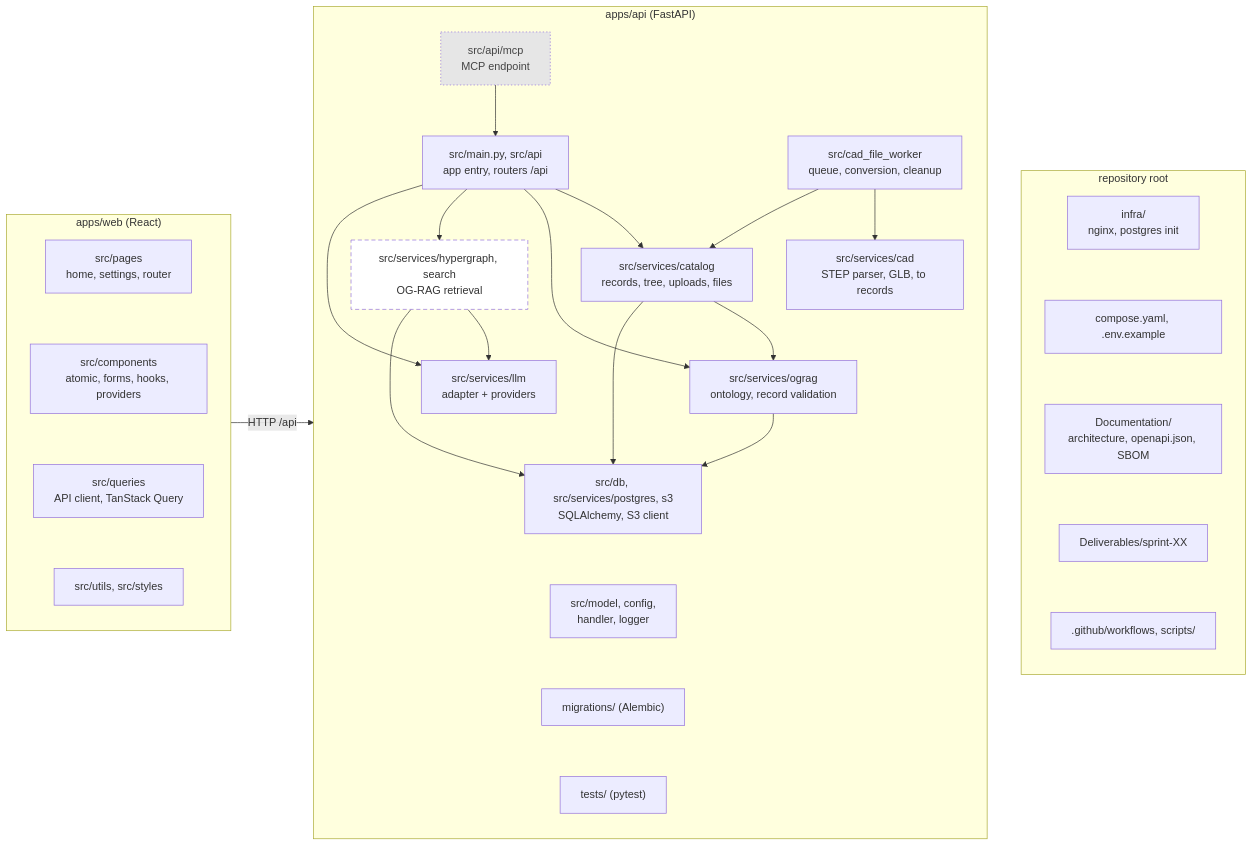
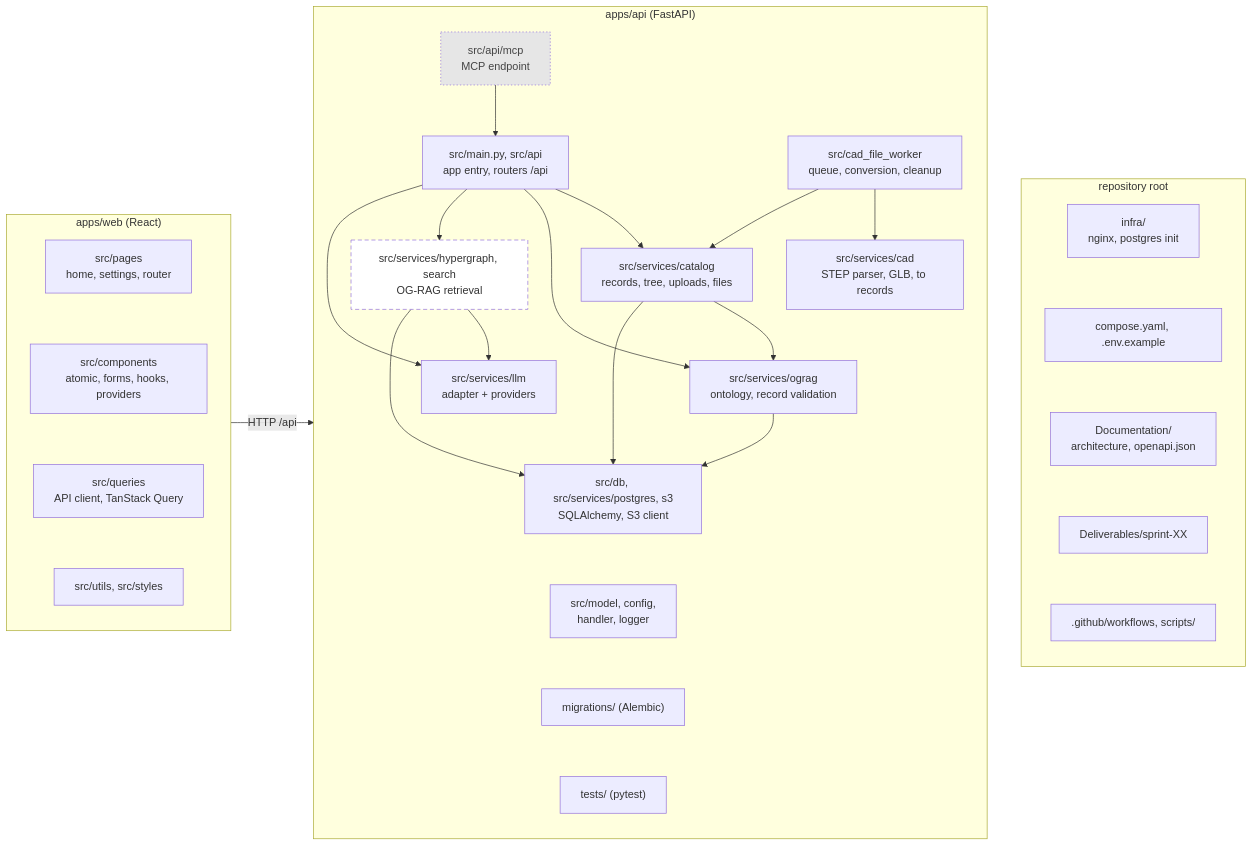
The second of 2 diagrams in Documentation/architecture/software-architecture.md (amosproj/amos2026ws02-engineering-knowledge-advisor), drawn with Mermaid before and after one commit. The commit also changed other lines of this file and 17 other files, not shown here.

````diff
--- a/Documentation/architecture/software-architecture.md
+++ b/Documentation/architecture/software-architecture.md
@@ -76,64 +76,64 @@
 ```mermaid
 flowchart LR
     subgraph web["apps/web (React)"]
         direction TB
         wpages["src/pages<br/>home, settings, router"]
         wcomp["src/components<br/>atomic, forms, hooks, providers"]
         wq["src/queries<br/>API client, TanStack Query"]
         wutil["src/utils, src/styles"]
         wpages ~~~ wcomp ~~~ wq ~~~ wutil
     end
 
     subgraph api["apps/api (FastAPI)"]
         direction TB
 
         arouter["src/main.py, src/api<br/>app entry, routers /api"]
         abase["src/model, config,<br/>handler, logger"]
         amcp["src/api/mcp<br/>MCP endpoint"]
 
         aworker["src/cad_file_worker<br/>queue, conversion, cleanup"]
 
         acad["src/services/cad<br/>STEP parser, GLB, to records"]
         acat["src/services/catalog<br/>records, tree, uploads, files"]
         aogg["src/services/ograg<br/>ontology, record validation"]
         arag["src/services/hypergraph, search<br/>OG-RAG retrieval"]
         allm["src/services/llm<br/>adapter + providers"]
         adb["src/db, src/services/postgres, s3<br/>SQLAlchemy, S3 client"]
 
         amig["migrations/ (Alembic)"]
         atest["tests/ (pytest)"]
 
         arouter --> acat
         arouter --> aogg
         arouter --> arag
         arouter --> allm
         amcp --> arouter
         aworker --> acad
         aworker --> acat
         acat --> aogg
         acat --> adb
         aogg --> adb
         arag --> allm
         arag --> adb
 
         adb ~~~ abase ~~~ amig ~~~ atest
     end
 
     subgraph root["repository root"]
         direction TB
         infra["infra/<br/>nginx, postgres init"]
         compose["compose.yaml, .env.example"]
-        docs["Documentation/<br/>architecture, openapi.json, SBOM"]
+        docs["Documentation/<br/>architecture, openapi.json"]
         deliv["Deliverables/sprint-XX"]
         ci[".github/workflows, scripts/"]
         infra ~~~ compose ~~~ docs ~~~ deliv ~~~ ci
     end
 
     web -- "HTTP /api" --> api
     api ~~~ root
 
     classDef planned stroke-dasharray: 6 4,fill:#ffffff;
     classDef open stroke-dasharray: 2 3,fill:#e6e6e6,color:#444;
     class arag planned
     class amcp open
 ```
````
